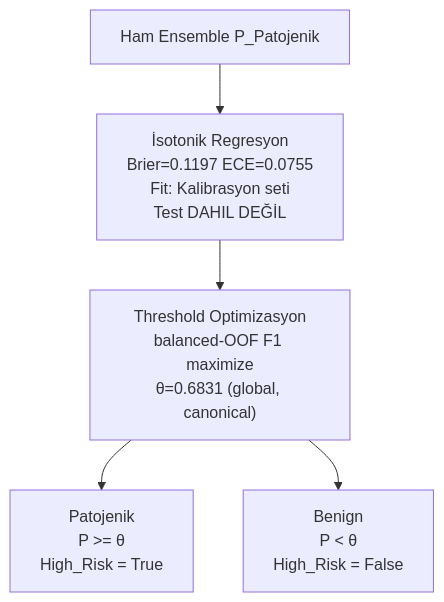
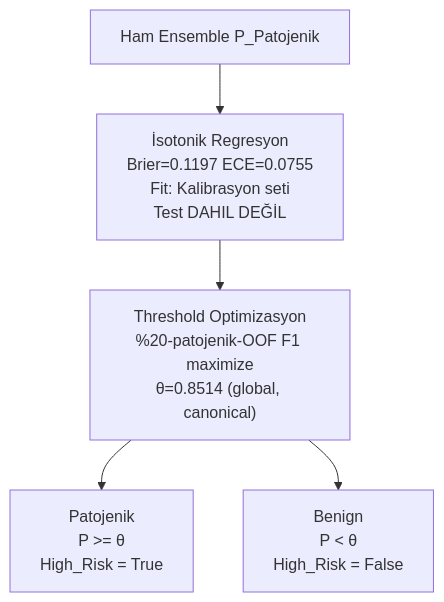
Diagram 15 of 17 in README.md (msgxr/VARIANT-GNN), drawn with Mermaid before and after one commit. The commit also changed other lines of this file and 46 other files, not shown here.

````diff
--- a/README.md
+++ b/README.md
@@ -977,12 +977,12 @@
 ```mermaid
 flowchart TD
     R["Ham Ensemble P_Patojenik"]
     ISO["İsotonik Regresyon\nBrier=0.1197  ECE=0.0755\nFit: Kalibrasyon seti\nTest DAHIL DEĞİL"]
-    TH["Threshold Optimizasyon\nbalanced-OOF F1 maximize\nθ=0.6831 (global, canonical)"]
+    TH["Threshold Optimizasyon\n%20-patojenik-OOF F1 maximize\nθ=0.8514 (global, canonical)"]
     PAT["Patojenik\nP >= θ\nHigh_Risk = True"]
     BEN["Benign\nP < θ\nHigh_Risk = False"]
 
     R --> ISO --> TH
     TH --> PAT
     TH --> BEN
 ```
````
